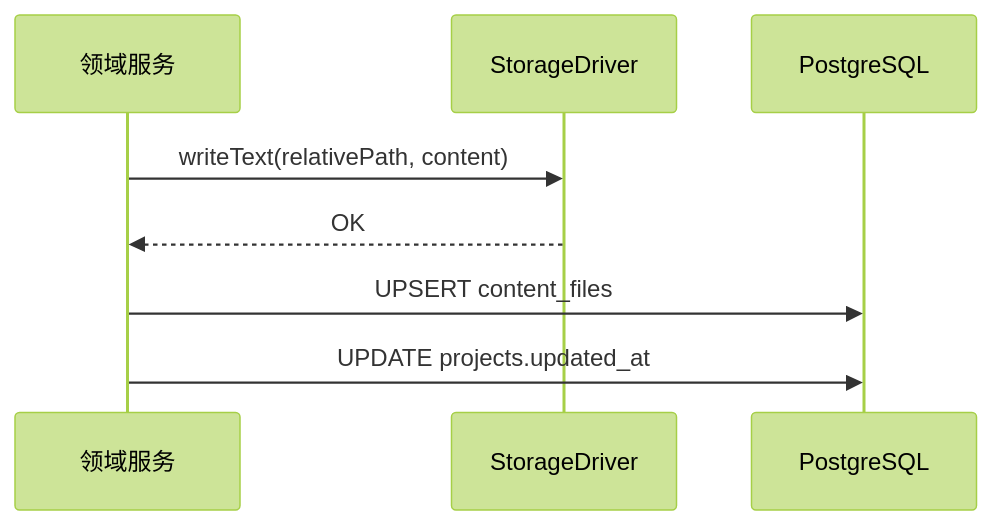
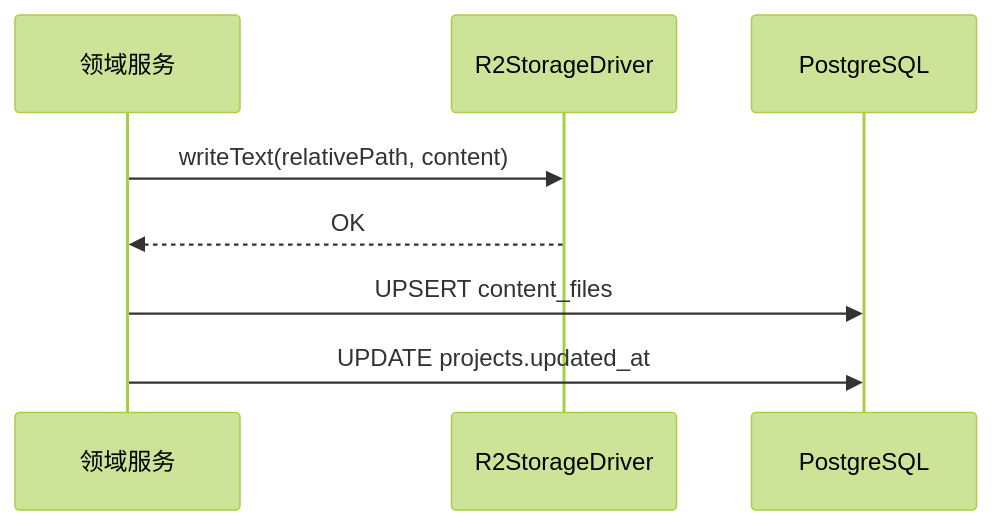
One commit to blue-idea/muoyu changed the second of 2 diagrams in docs/spec/data.md. Above: the diagram before and after it, drawn with Mermaid (forest theme). The commit also changed other lines of this file and 16 other files, not shown here.

````diff
--- a/docs/spec/data.md
+++ b/docs/spec/data.md
@@ -446,11 +492,11 @@
 ```mermaid
 sequenceDiagram
     participant SVC as 领域服务
-    participant ST as StorageDriver
+    participant ST as R2StorageDriver
     participant DB as PostgreSQL
 
     SVC->>ST: writeText(relativePath, content)
     ST-->>SVC: OK
     SVC->>DB: UPSERT content_files
     SVC->>DB: UPDATE projects.updated_at
 ```
````
